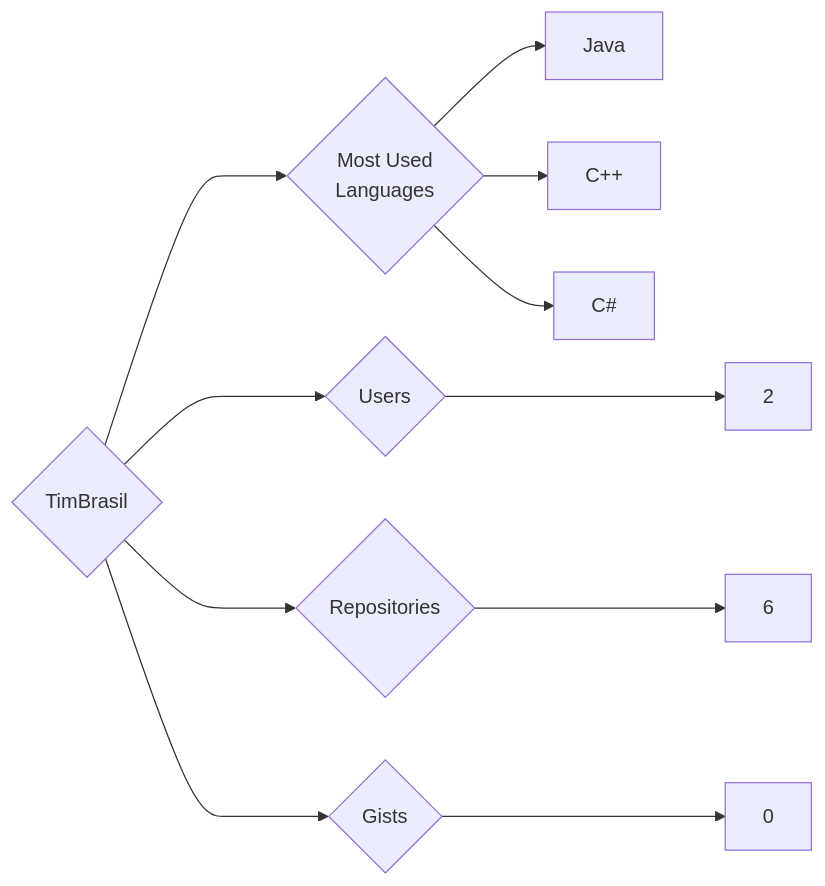
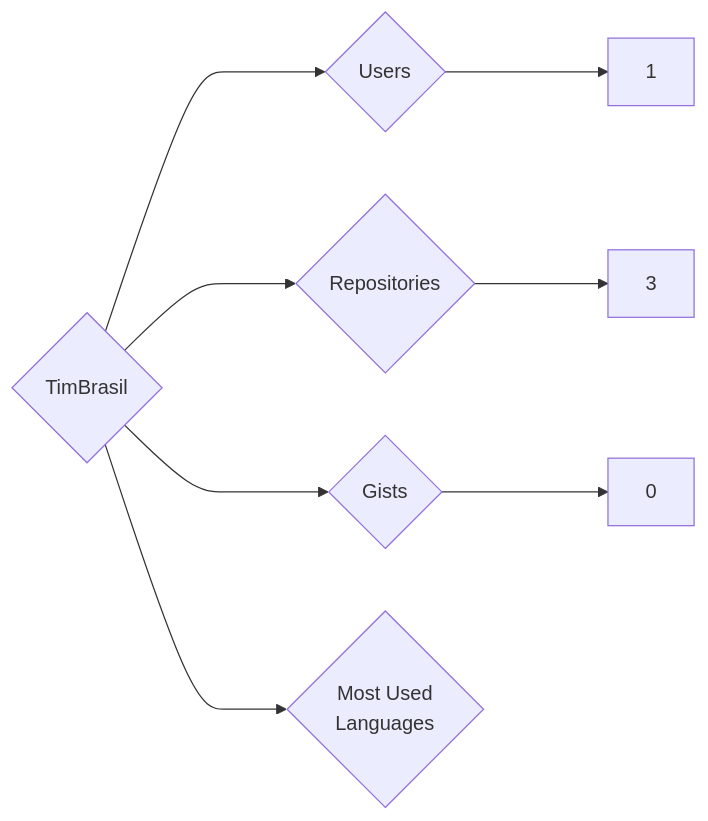
The diagram in targets/TimBrasil/README.md (trickest/insiders), drawn with Mermaid before and after one commit. The commit also changed 973 other files, not shown here.

````diff
--- a/targets/TimBrasil/README.md
+++ b/targets/TimBrasil/README.md
@@ -3,11 +3,8 @@
 ```mermaid
 graph LR
 COMPANY_NAME{TimBrasil}
-COMPANY_NAME ---> U{Users} ---> UN[2]
-COMPANY_NAME ---> R{Repositories} ---> RN[6]
+COMPANY_NAME ---> U{Users} ---> UN[1]
+COMPANY_NAME ---> R{Repositories} ---> RN[3]
 COMPANY_NAME ---> G{Gists} ---> GN[0]
 COMPANY_NAME ---> ML{Most Used<br>Languages}
-ML --> Java[Java]
-ML --> C++[C++]
-ML --> C#[C#]
 ```
````
